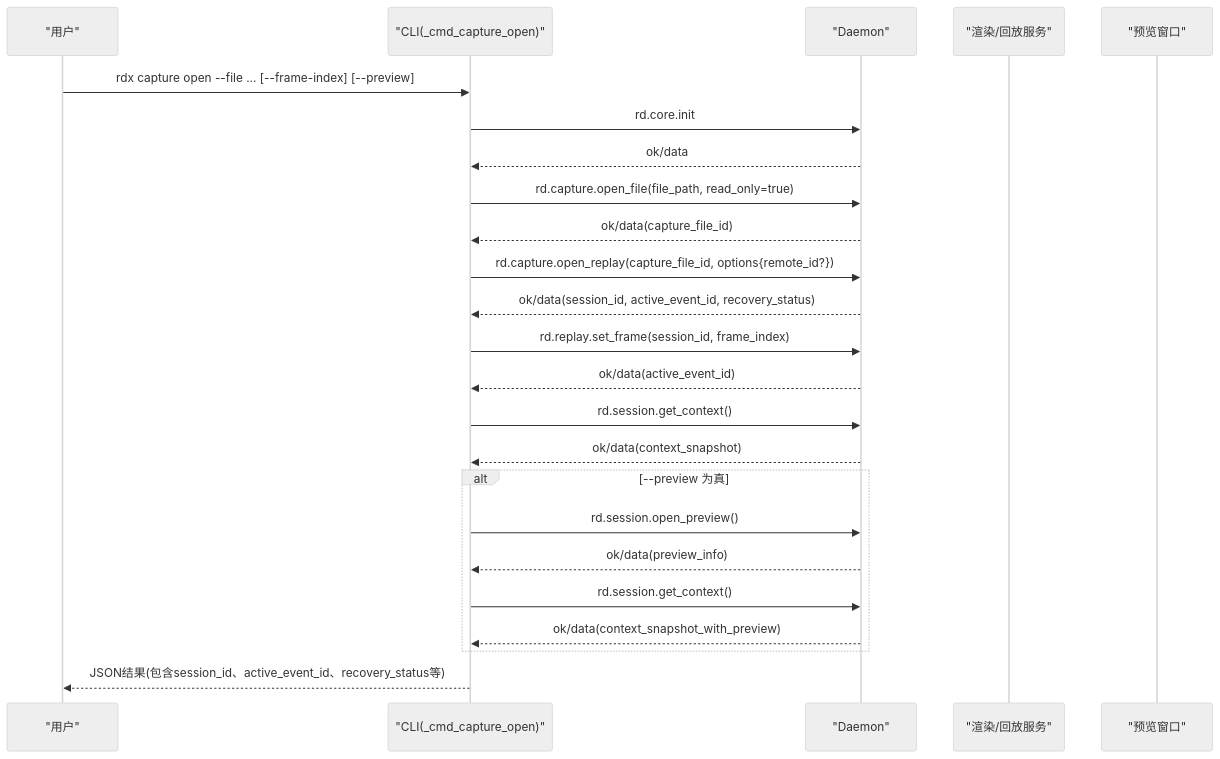
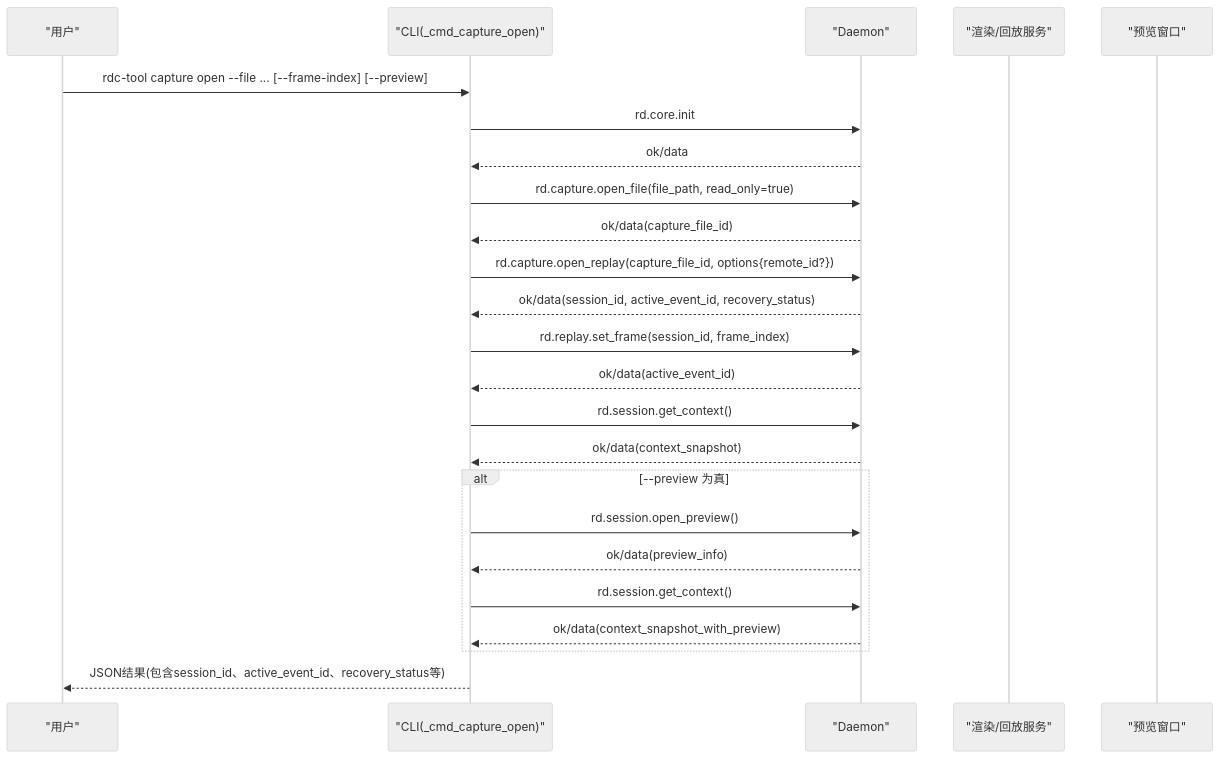
One commit to haolange/RDC-Tool changed the second of 4 diagrams in .qoder/repowiki/zh/content/CLI参考手册/捕获文件操作命令.md. Above: the diagram before and after it, drawn with Mermaid (neutral theme). The commit also changed other lines of this file and 388 other files, not shown here.

First line of the commit message:
Release RDC-Tool identity and public maintenance surface

````diff
--- a/.qoder/repowiki/zh/content/CLI参考手册/捕获文件操作命令.md
+++ b/.qoder/repowiki/zh/content/CLI参考手册/捕获文件操作命令.md
@@ -79,26 +79,26 @@
 ```mermaid
 sequenceDiagram
 participant U as "用户"
 participant CLI as "CLI(_cmd_capture_open)"
 participant DM as "Daemon"
 participant RW as "渲染/回放服务"
 participant PW as "预览窗口"
-U->>CLI : rdx capture open --file ... [--frame-index] [--preview]
+U->>CLI : rdc-tool capture open --file ... [--frame-index] [--preview]
 CLI->>DM : rd.core.init
 DM-->>CLI : ok/data
 CLI->>DM : rd.capture.open_file(file_path, read_only=true)
 DM-->>CLI : ok/data(capture_file_id)
 CLI->>DM : rd.capture.open_replay(capture_file_id, options{remote_id?})
 DM-->>CLI : ok/data(session_id, active_event_id, recovery_status)
 CLI->>DM : rd.replay.set_frame(session_id, frame_index)
 DM-->>CLI : ok/data(active_event_id)
 CLI->>DM : rd.session.get_context()
 DM-->>CLI : ok/data(context_snapshot)
 alt --preview 为真
 CLI->>DM : rd.session.open_preview()
 DM-->>CLI : ok/data(preview_info)
 CLI->>DM : rd.session.get_context()
 DM-->>CLI : ok/data(context_snapshot_with_preview)
 end
 CLI-->>U : JSON结果(包含session_id、active_event_id、recovery_status等)
 ```
````
